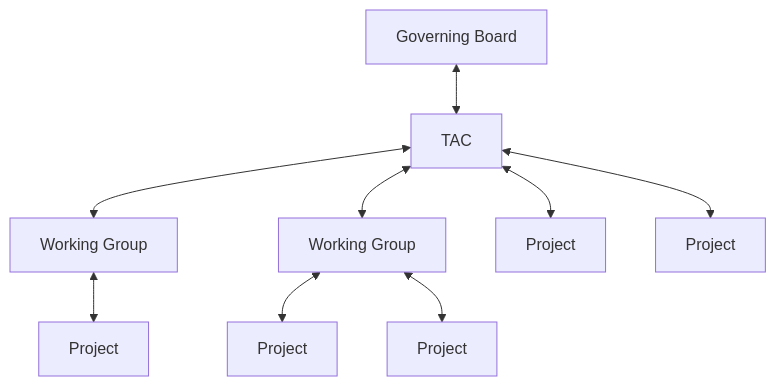
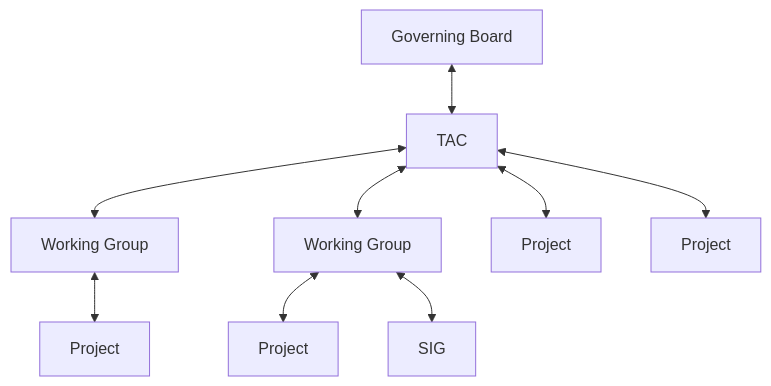
One commit to ossf/tac changed the diagram in process/README.md. Above: the diagram before and after it, drawn with Mermaid. The commit also changed other lines of this file and 1 other file, not shown here.

````diff
--- a/process/README.md
+++ b/process/README.md
@@ -10,11 +10,11 @@
 ```mermaid
 flowchart TD
     A[Governing Board] <--> B[TAC]
     B <--> C[Working Group]
     B <--> E[Working Group]
     C <--> D[Project]
     B <--> F[Project]
     B <--> G[Project]
     E <--> H[Project]
-    E <--> I[Project]
+    E <--> I[SIG]
 ```
````
